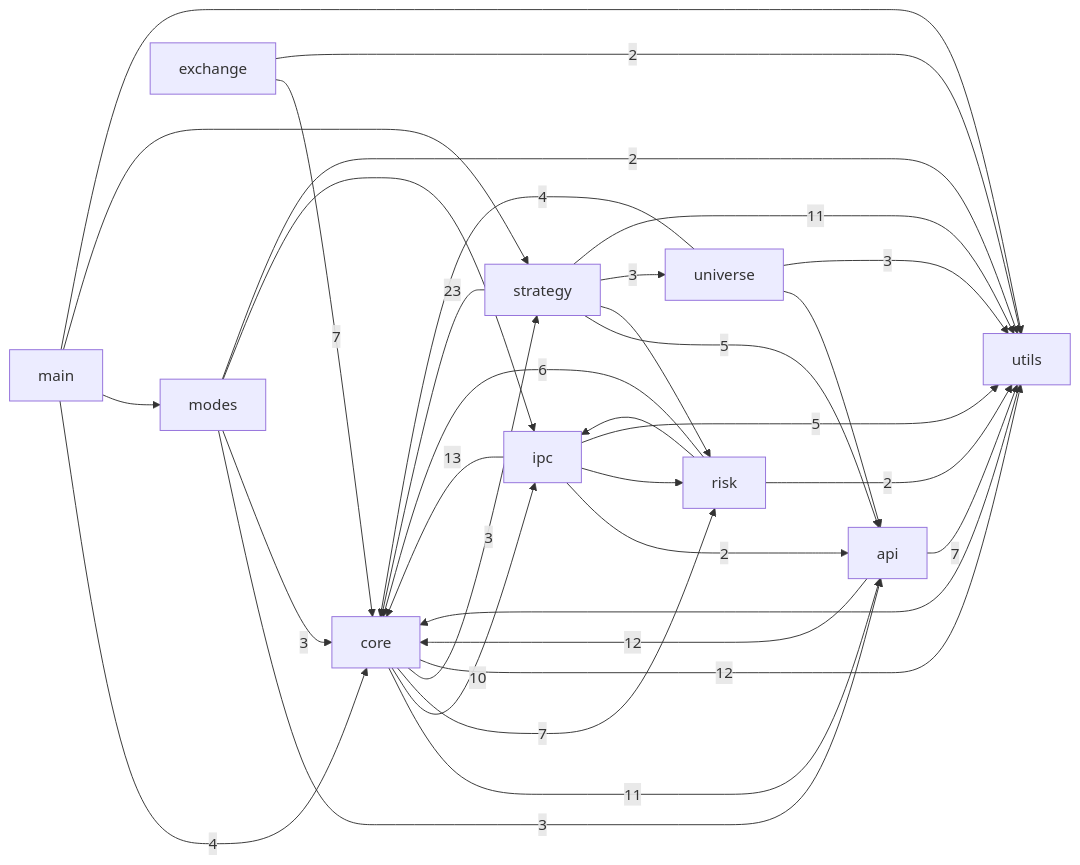
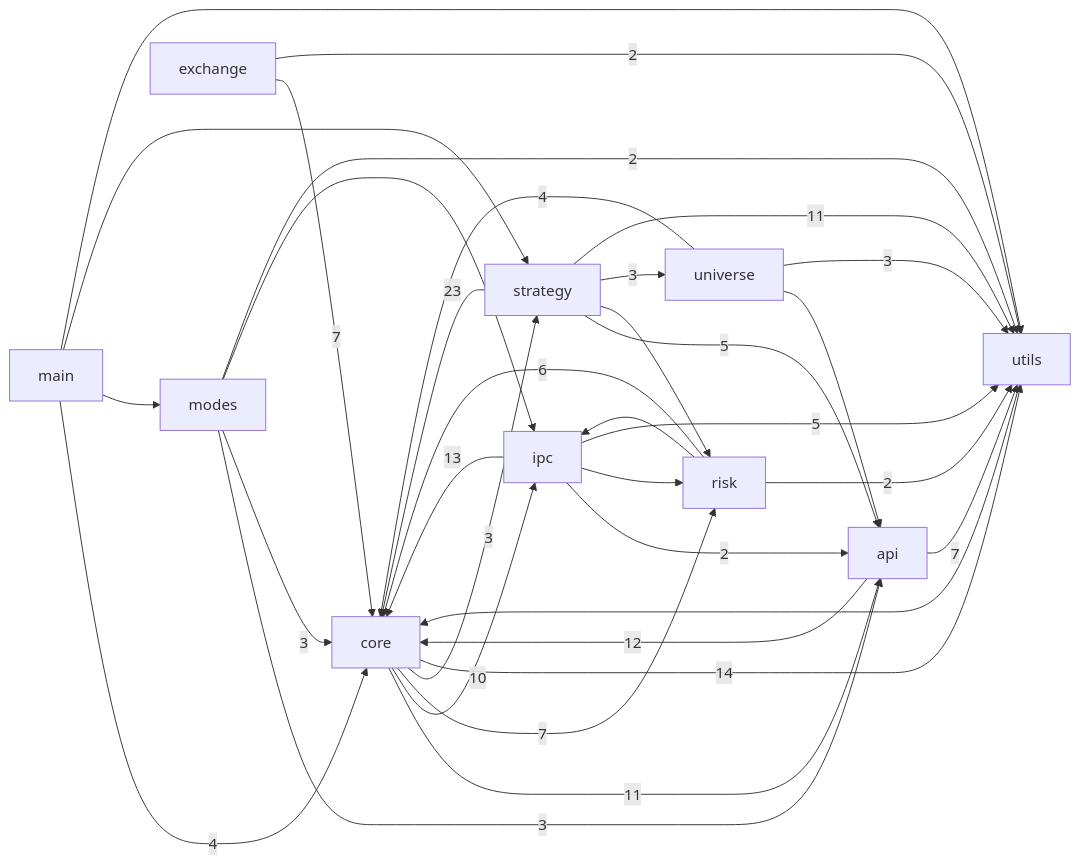
The first of 3 diagrams in docs/CODE_GRAPH.md (pypy8171/Quant), drawn with Mermaid before and after one commit. The commit also changed other lines of this file and 9 other files, not shown here.

````diff
--- a/docs/CODE_GRAPH.md
+++ b/docs/CODE_GRAPH.md
@@ -10,46 +10,46 @@
 ```mermaid
 graph LR
   main[main]
   modes[modes]
   core[core]
   strategy[strategy]
   api[api]
   universe[universe]
   risk[risk]
   ipc[ipc]
   utils[utils]
   exchange[exchange]
   api -->|12| core
   api -->|7| utils
   core -->|11| api
   core -->|10| ipc
   core -->|7| risk
   core -->|3| strategy
-  core -->|12| utils
+  core -->|14| utils
   exchange -->|7| core
   exchange -->|2| utils
   ipc -->|2| api
   ipc -->|13| core
   ipc --> risk
   ipc -->|5| utils
   main -->|4| core
   main --> modes
   main --> strategy
   main --> utils
   modes -->|3| api
   modes -->|3| core
   modes --> ipc
   modes -->|2| utils
   risk -->|6| core
   risk --> ipc
   risk -->|2| utils
   strategy -->|5| api
   strategy -->|23| core
   strategy --> risk
   strategy -->|3| universe
   strategy -->|11| utils
   universe --> api
   universe -->|4| core
   universe -->|3| utils
   utils --> core
 ```
````
